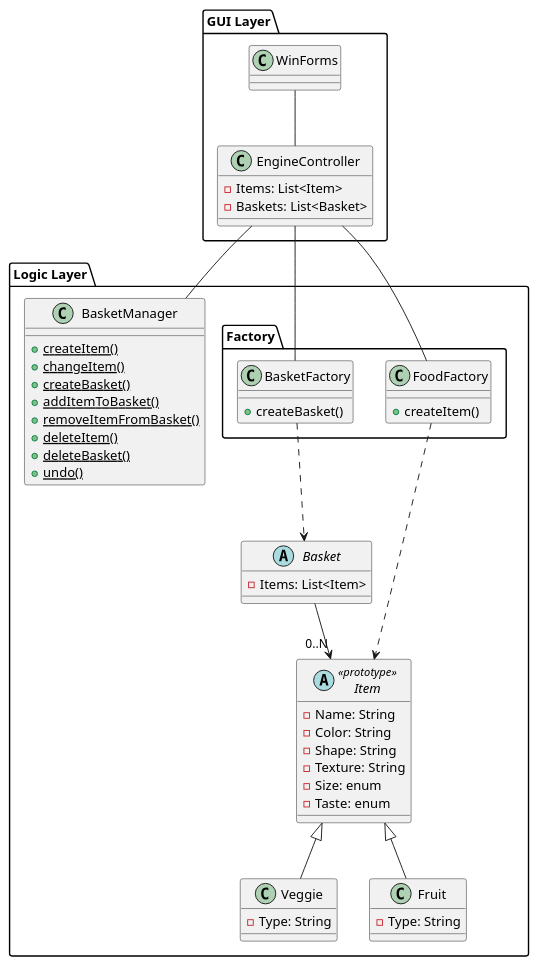
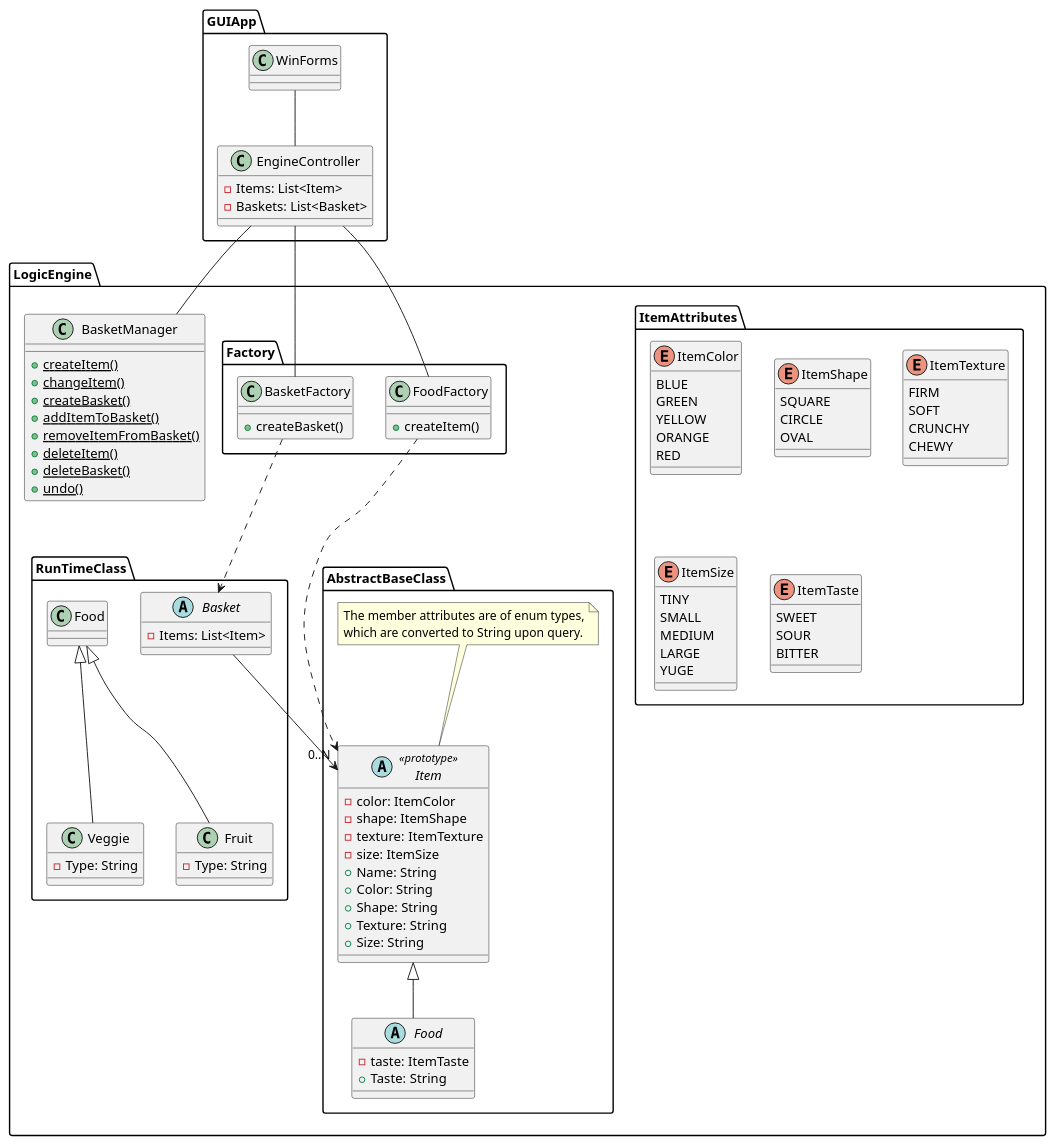
One commit to abenezerangelos/wsu-cpts321-Final changed the diagram in FinalExamProject/Design_Documents/CharlesNorden-ClassDiagram.wsd. Above: the diagram before and after it, drawn with PlantUML. The commit also changed 7 other files, not shown here.

Commit message:
Updated the uml diagram; updated implementations for the attribute enums; added some tests

```diff
--- a/FinalExamProject/Design_Documents/CharlesNorden-ClassDiagram.wsd
+++ b/FinalExamProject/Design_Documents/CharlesNorden-ClassDiagram.wsd
@@ -1,65 +1,119 @@
 @startuml "Final Exam Project"
 
-package "GUI Layer" {
+package "GUIApp" {
     class EngineController {
         -Items: List<Item>
         -Baskets: List<Basket>
     }
 
     WinForms -- EngineController
 }
 
-package "Logic Layer" {
+package "LogicEngine" {
     class BasketManager {
         {static} +createItem()
         {static} +changeItem()
         {static} +createBasket()
         {static} +addItemToBasket()
         {static} +removeItemFromBasket()
         {static} +deleteItem()
         {static} +deleteBasket()
         {static} +undo()
     }
 
-    abstract class Item << prototype >> {
-        -Name: String
-        -Color: String
-        -Shape: String
-        -Texture: String
-        -Size: enum
-        -Taste: enum
+    package "AbstractBaseClass" {
+        abstract class Item << prototype >> {
+            -color: ItemColor
+            -shape: ItemShape
+            -texture: ItemTexture
+            -size: ItemSize
+            +Name: String
+            +Color: String
+            +Shape: String
+            +Texture: String
+            +Size: String
+        }
+
+        note top of Item
+            The member attributes are of enum types,
+            which are converted to String upon query.
+        end note
+
+        abstract class Food extends Item {
+            -taste: ItemTaste
+            +Taste: String
+        }
+    }
+    
+    package "ItemAttributes" {
+        enum ItemColor {
+            BLUE
+            GREEN
+            YELLOW
+            ORANGE
+            RED
+        }
+
+        enum ItemShape {
+            SQUARE
+            CIRCLE
+            OVAL
+        }
+        
+        enum ItemTexture {
+            FIRM
+            SOFT
+            CRUNCHY
+            CHEWY
+        }
+        
+        enum ItemSize {
+            TINY
+            SMALL
+            MEDIUM
+            LARGE
+            YUGE
+        }
+        
+        enum ItemTaste {
+            SWEET
+            SOUR
+            BITTER
+        }
     }
 
-    class Veggie extends Item {
-        -Type: String
-    }
+    package "RunTimeClass" {
+        class Veggie extends Food {
+            -Type: String
+        }
 
-    class Fruit extends Item {
-        -Type: String
-    }
+        class Fruit extends Food{
+            -Type: String
+        }
 
-    abstract class Basket {
-        -Items: List<Item>
+        abstract class Basket {
+            -Items: List<Item>
+        }
     }
 
     package Factory {
         class BasketFactory {
             +createBasket()
         }
 
         class FoodFactory {
             +createItem()
         }
 
         BasketFactory ..> Basket
         FoodFactory ..> Item
 
         EngineController -- BasketManager
         EngineController -- BasketFactory
         EngineController -- FoodFactory
 
         Basket --> "0..N" Item
     }
 }
 
 @enduml
```
